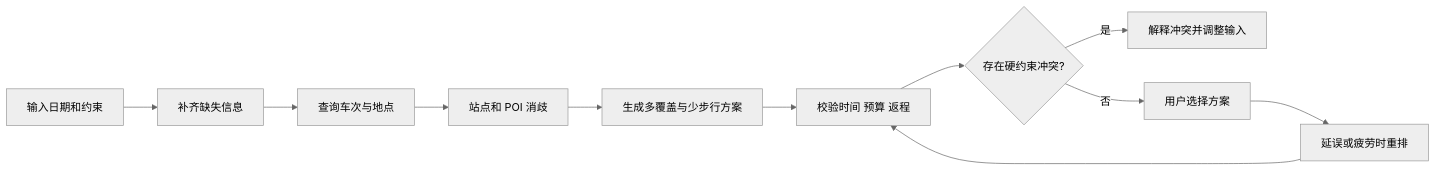
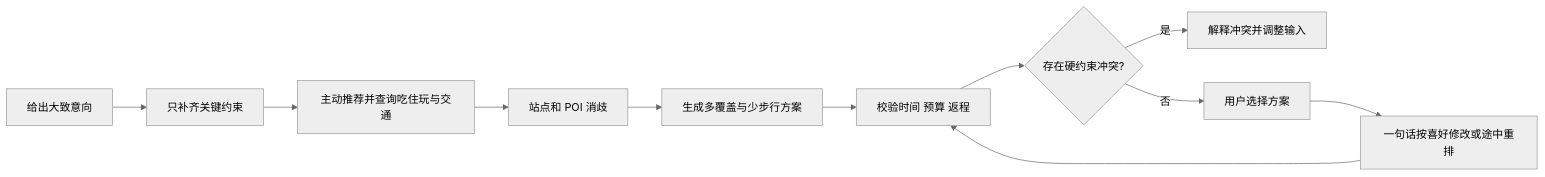
The diagram in docs/product-brief.md (991231island-wq/weekend-rush), drawn with Mermaid (neutral theme) before and after one commit. The commit also changed other lines of this file and 24 other files, not shown here.

````diff
--- a/docs/product-brief.md
+++ b/docs/product-brief.md
@@ -31,13 +33,13 @@
 ```mermaid
 flowchart LR
-  A[输入日期和约束] --> B[补齐缺失信息]
-  B --> C[查询车次与地点]
+  A[给出大致意向] --> B[只补齐关键约束]
+  B --> C[主动推荐并查询吃住玩与交通]
   C --> D[站点和 POI 消歧]
   D --> E[生成多覆盖与少步行方案]
   E --> F[校验时间 预算 返程]
   F --> G{存在硬约束冲突?}
   G -->|是| H[解释冲突并调整输入]
   G -->|否| I[用户选择方案]
-  I --> J[延误或疲劳时重排]
+  I --> J[一句话按喜好修改或途中重排]
   J --> F
 ```
````
